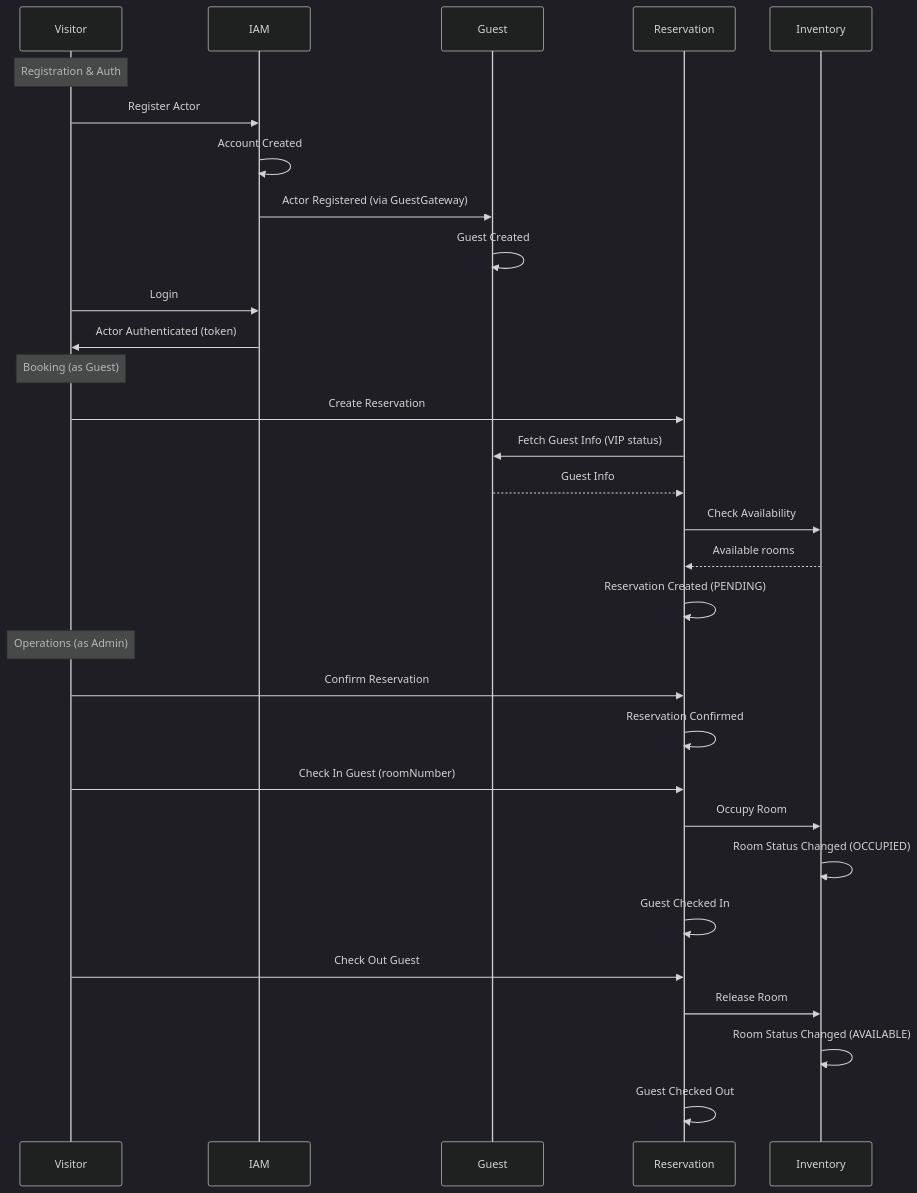
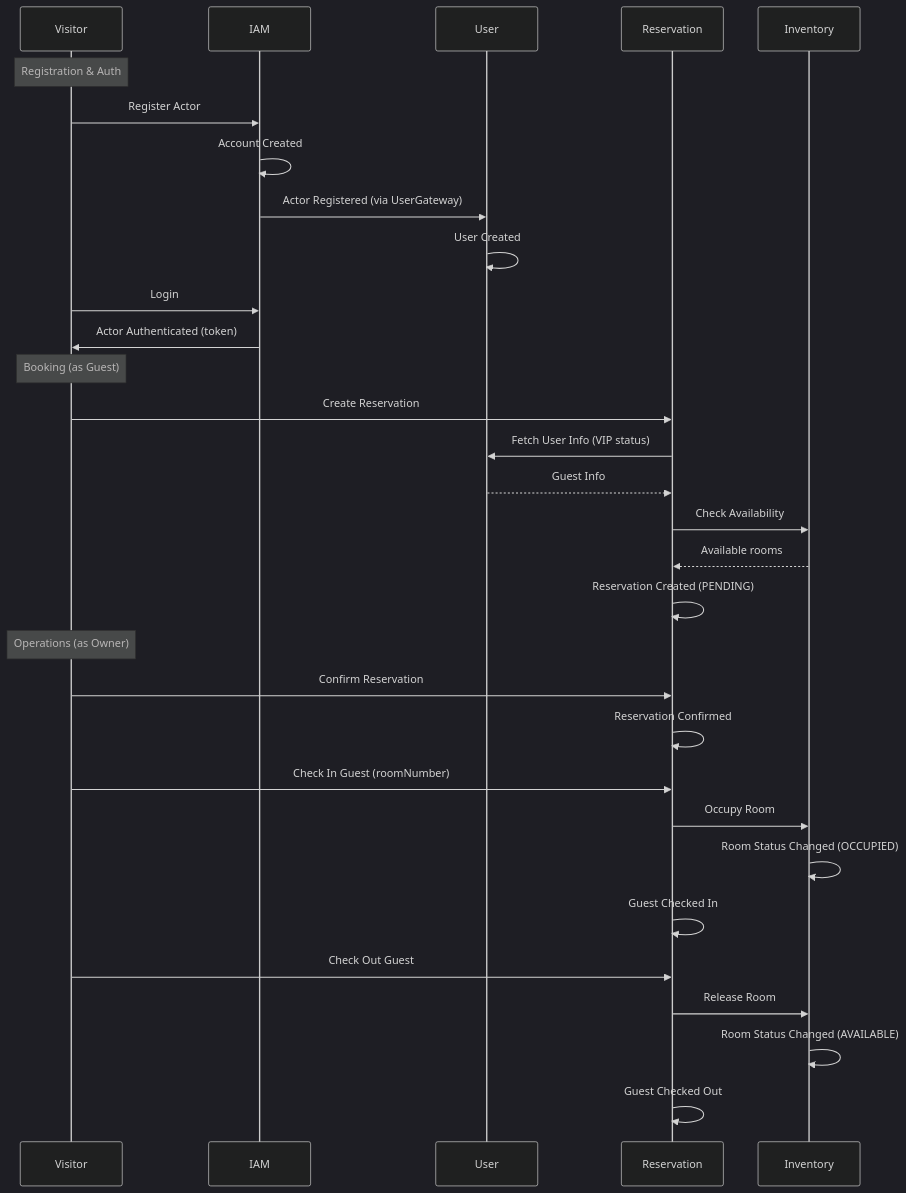
The fourth of 4 diagrams in docs/event-storming.md (sahdoio/guesthub), drawn with Mermaid (dark theme) before and after one commit. The commit also changed other lines of this file and 299 other files, not shown here.

Commit message:
feat: adding new UI, new flow, new db modeling, more new features

````diff
--- a/docs/event-storming.md
+++ b/docs/event-storming.md
@@ -442,38 +469,38 @@
 ```mermaid
 sequenceDiagram
     participant V as Visitor
     participant IAM
-    participant G as Guest
+    participant U as User
     participant R as Reservation
     participant I as Inventory
 
     Note over V: Registration & Auth
     V->>IAM: Register Actor
     IAM->>IAM: Account Created
-    IAM->>G: Actor Registered (via GuestGateway)
-    G->>G: Guest Created
+    IAM->>U: Actor Registered (via UserGateway)
+    U->>U: User Created
     V->>IAM: Login
     IAM->>V: Actor Authenticated (token)
 
     Note over V: Booking (as Guest)
     V->>R: Create Reservation
-    R->>G: Fetch Guest Info (VIP status)
-    G-->>R: Guest Info
+    R->>U: Fetch User Info (VIP status)
+    U-->>R: Guest Info
     R->>I: Check Availability
     I-->>R: Available rooms
     R->>R: Reservation Created (PENDING)
 
-    Note over V: Operations (as Admin)
+    Note over V: Operations (as Owner)
     V->>R: Confirm Reservation
     R->>R: Reservation Confirmed
 
     V->>R: Check In Guest (roomNumber)
     R->>I: Occupy Room
     I->>I: Room Status Changed (OCCUPIED)
     R->>R: Guest Checked In
 
     V->>R: Check Out Guest
     R->>I: Release Room
     I->>I: Room Status Changed (AVAILABLE)
     R->>R: Guest Checked Out
 ```
````
